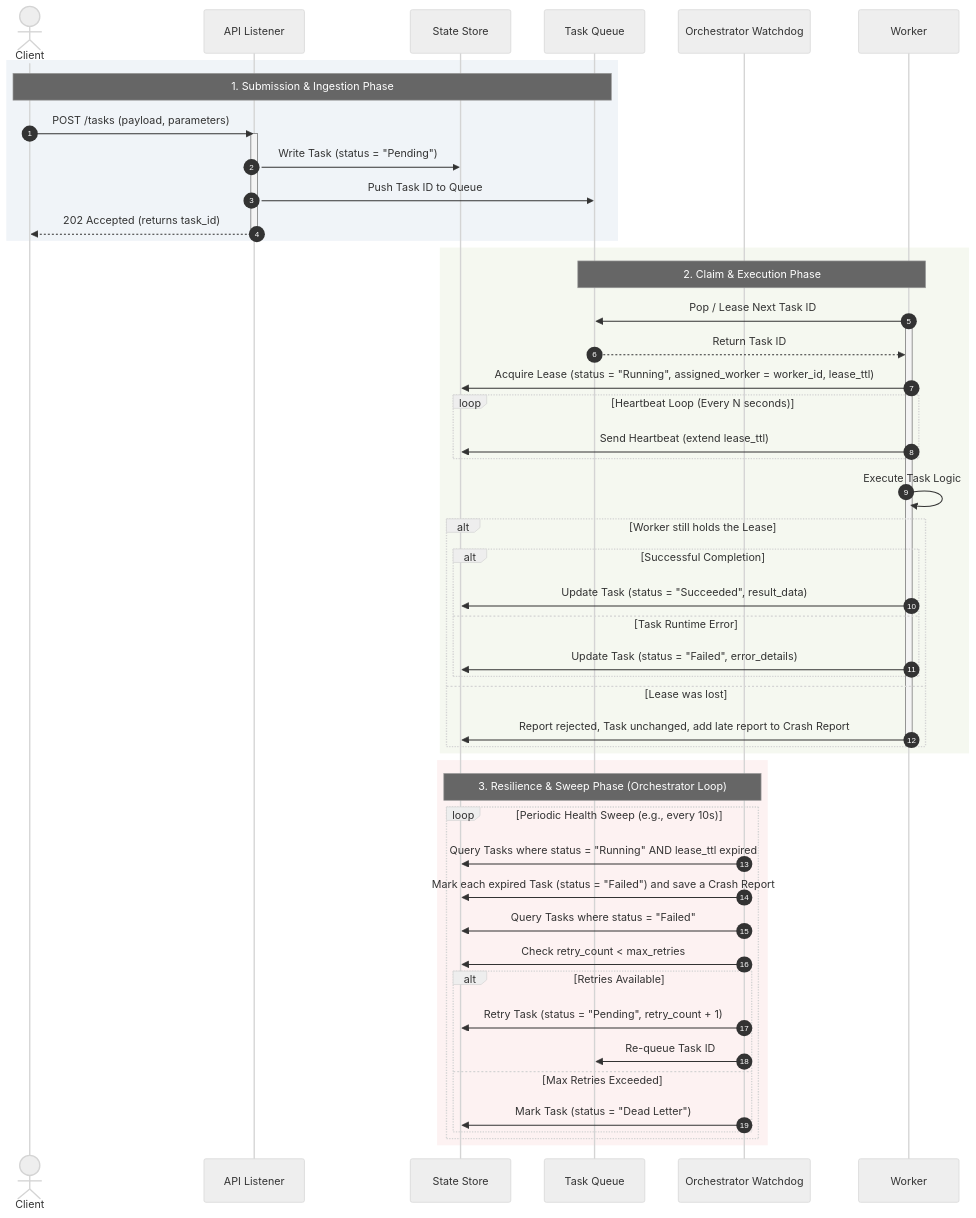
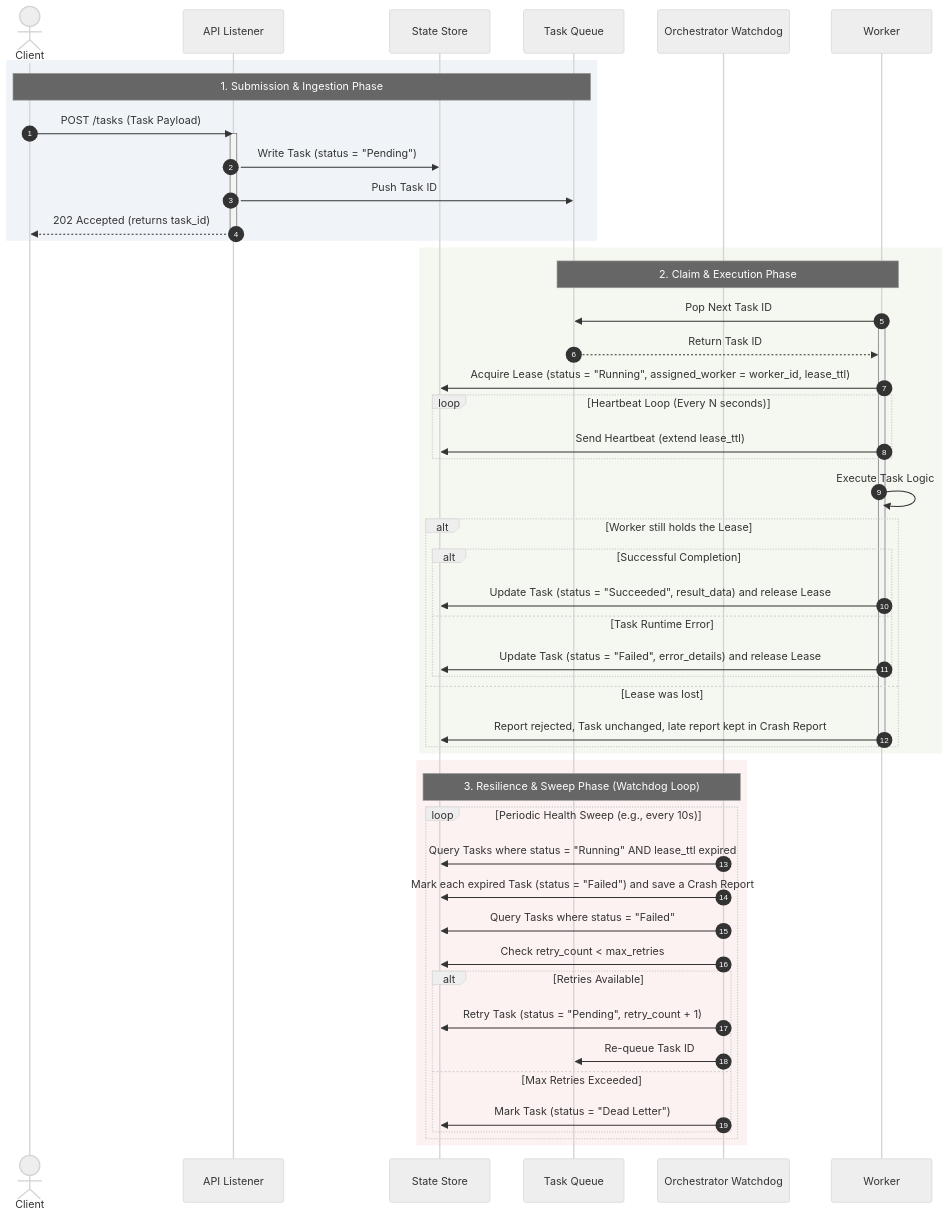
Before and after one commit to juliansiebold/distributed-task-executor: the diagram in README.md, drawn with Mermaid (neutral theme). The commit also changed other lines of this file and 1 other file, not shown here.

Commit message:
#1 address review: release Lease on report, correct port status and terms

````diff
--- a/README.md
+++ b/README.md
@@ -29,65 +29,65 @@
 ```Mermaid
 sequenceDiagram
     autonumber
     actor Client
     participant Listener as API Listener
     participant DB as State Store
     participant Queue as Task Queue
     participant Orch as Orchestrator Watchdog
     participant Worker
 
     %% Task Submission Phase
     rect rgb(240, 244, 248)
     note over Client, Queue: 1. Submission & Ingestion Phase
-    Client->>Listener: POST /tasks (payload, parameters)
+    Client->>Listener: POST /tasks (Task Payload)
     activate Listener
     Listener->>DB: Write Task (status = "Pending")
-    Listener->>Queue: Push Task ID to Queue
+    Listener->>Queue: Push Task ID
     Listener-->>Client: 202 Accepted (returns task_id)
     deactivate Listener
     end
 
     %% Dispatch & Execution Phase
     rect rgb(245, 248, 240)
     note over Queue, Worker: 2. Claim & Execution Phase
-    Worker->>Queue: Pop / Lease Next Task ID
+    Worker->>Queue: Pop Next Task ID
     activate Worker
     Queue-->>Worker: Return Task ID
     Worker->>DB: Acquire Lease (status = "Running", assigned_worker = worker_id, lease_ttl)
     
     loop Heartbeat Loop (Every N seconds)
         Worker->>DB: Send Heartbeat (extend lease_ttl)
     end
 
     Worker->>Worker: Execute Task Logic
     
     alt Worker still holds the Lease
         alt Successful Completion
-            Worker->>DB: Update Task (status = "Succeeded", result_data)
+            Worker->>DB: Update Task (status = "Succeeded", result_data) and release Lease
         else Task Runtime Error
-            Worker->>DB: Update Task (status = "Failed", error_details)
+            Worker->>DB: Update Task (status = "Failed", error_details) and release Lease
         end
     else Lease was lost
-        Worker->>DB: Report rejected, Task unchanged, add late report to Crash Report
+        Worker->>DB: Report rejected, Task unchanged, late report kept in Crash Report
     end
     deactivate Worker
     end
 
     %% Fault Recovery / Timeout Sweep
     rect rgb(253, 242, 242)
-    note over Orch, DB: 3. Resilience & Sweep Phase (Orchestrator Loop)
+    note over Orch, DB: 3. Resilience & Sweep Phase (Watchdog Loop)
     loop Periodic Health Sweep (e.g., every 10s)
         Orch->>DB: Query Tasks where status = "Running" AND lease_ttl expired
         Orch->>DB: Mark each expired Task (status = "Failed") and save a Crash Report
 
         Orch->>DB: Query Tasks where status = "Failed"
         Orch->>DB: Check retry_count < max_retries
         alt Retries Available
             Orch->>DB: Retry Task (status = "Pending", retry_count + 1)
             Orch->>Queue: Re-queue Task ID
         else Max Retries Exceeded
             Orch->>DB: Mark Task (status = "Dead Letter")
         end
     end
     end
 ```
````
